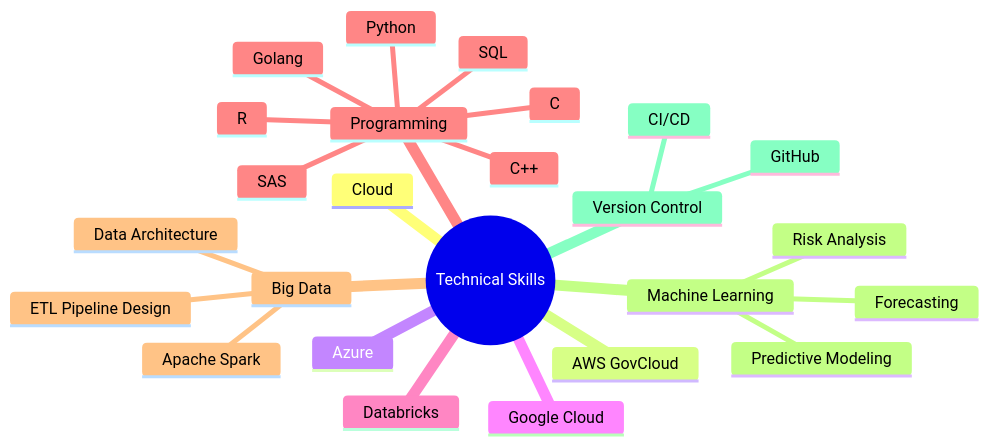
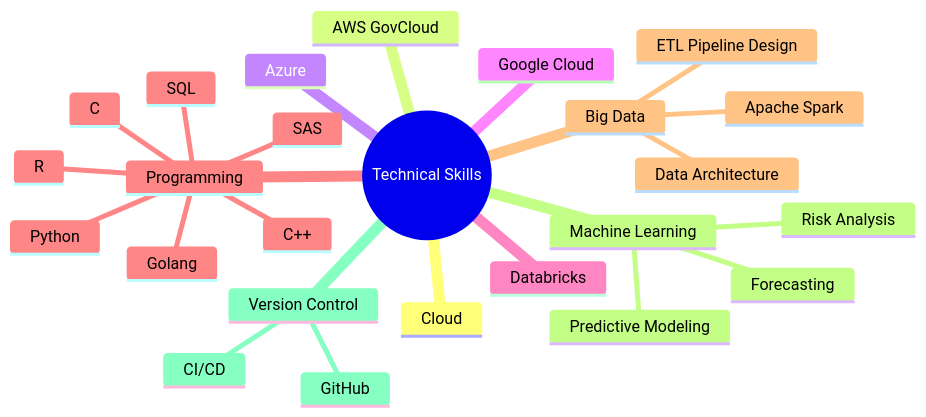
Before and after one commit to MatthewK84/MatthewK84: the diagram in README.md, drawn with Mermaid. The commit also changed other lines of this file, not shown here.

Commit message:
Remove duplicate 'Forecasting' entry from README

````diff
--- a/README.md
+++ b/README.md
@@ -22,28 +22,28 @@
 ```mermaid
 mindmap
   root((Technical Skills))
       Cloud
       AWS GovCloud
       Azure
       Google Cloud
       Databricks
     Programming
       Python
       C
       Golang
       C++
       R
       SQL
       SAS
     Big Data
       Apache Spark
       Data Architecture
       ETL Pipeline Design
     Machine Learning
+      Forecasting
       Predictive Modeling
       Risk Analysis
-      Forecasting
     Version Control
       GitHub
       CI/CD
 ```
````
